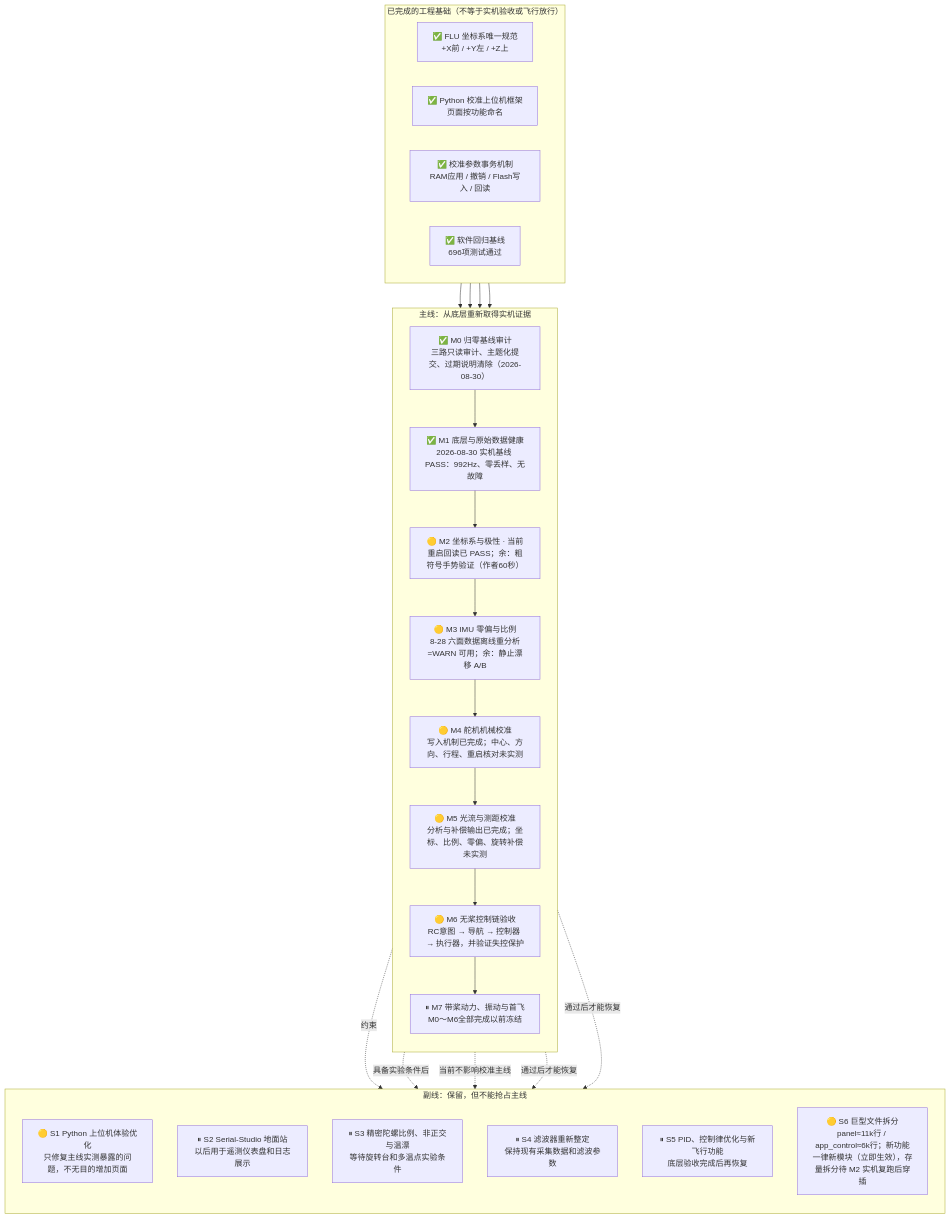
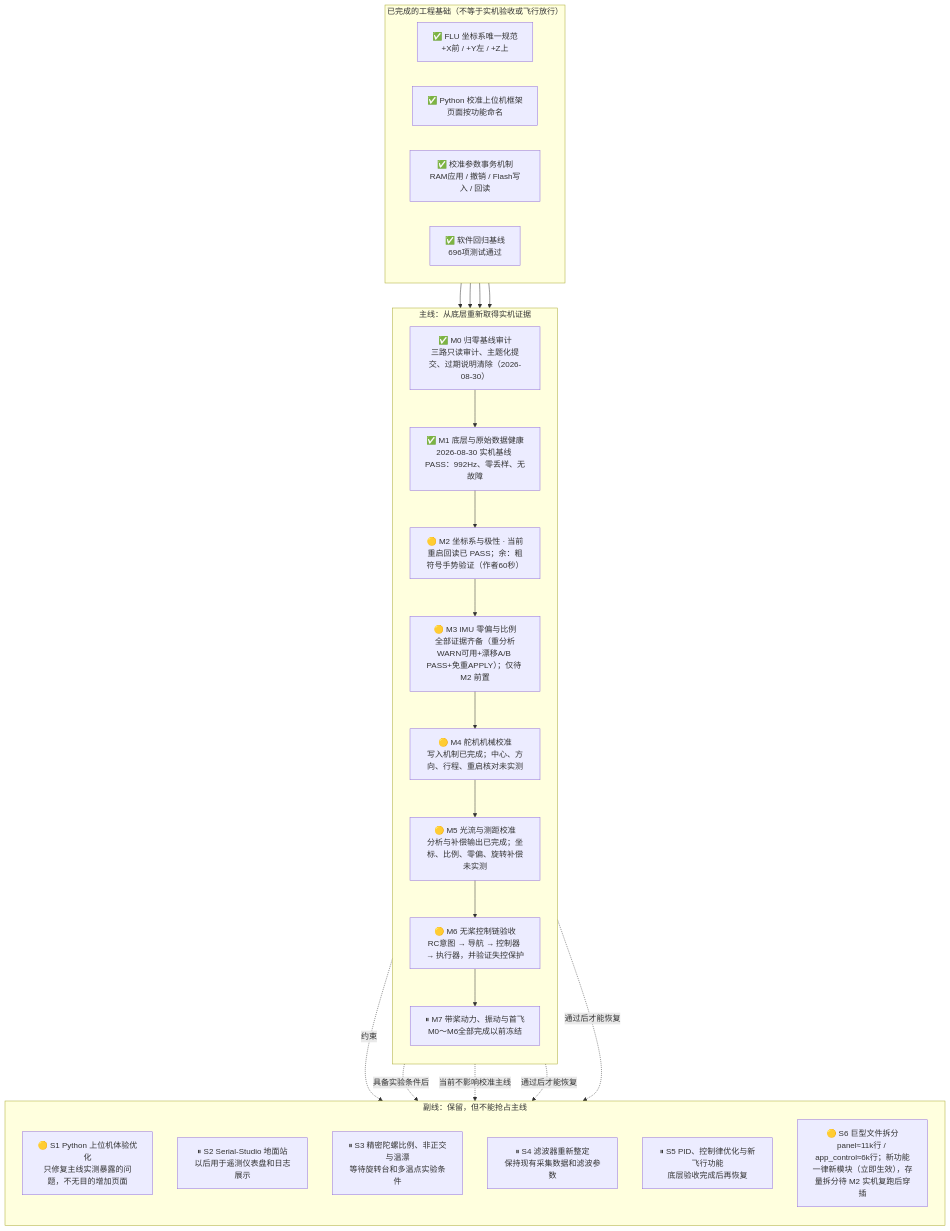
The diagram in PIPELINE.md (ThroneTLE/drone-H743), drawn with Mermaid before and after one commit. The commit also changed other lines of this file and 1 other file, not shown here.

First line of the commit message:
feat(metrology): R-M3-2 漂移 A/B 工具与 PASS 证据、R-M3-4 同源链闭合——M3 证据齐备

````diff
--- a/PIPELINE.md
+++ b/PIPELINE.md
@@ -16,44 +16,44 @@
 ```mermaid
 flowchart TB
     subgraph BASE["已完成的工程基础（不等于实机验收或飞行放行）"]
         direction LR
         B1["✅ FLU 坐标系唯一规范<br/>+X前 / +Y左 / +Z上"]
         B2["✅ Python 校准上位机框架<br/>页面按功能命名"]
         B3["✅ 校准参数事务机制<br/>RAM应用 / 撤销 / Flash写入 / 回读"]
         B4["✅ 软件回归基线<br/>696项测试通过"]
     end
 
     subgraph MAIN["主线：从底层重新取得实机证据"]
         direction TB
         M0["✅ M0 归零基线审计<br/>三路只读审计、主题化提交、过期说明清除（2026-08-30）"]
         M1["✅ M1 底层与原始数据健康<br/>2026-08-30 实机基线 PASS：992Hz、零丢样、无故障"]
         M2["🟡 M2 坐标系与极性 · 当前<br/>重启回读已 PASS；余：粗符号手势验证（作者60秒）"]
-        M3["🟡 M3 IMU 零偏与比例<br/>8-28 六面数据离线重分析=WARN 可用；余：静止漂移 A/B"]
+        M3["🟡 M3 IMU 零偏与比例<br/>全部证据齐备（重分析WARN可用+漂移A/B PASS+免重APPLY）；仅待 M2 前置"]
         M4["🟡 M4 舵机机械校准<br/>写入机制已完成；中心、方向、行程、重启核对未实测"]
         M5["🟡 M5 光流与测距校准<br/>分析与补偿输出已完成；坐标、比例、零偏、旋转补偿未实测"]
         M6["🟡 M6 无桨控制链验收<br/>RC意图 → 导航 → 控制器 → 执行器，并验证失控保护"]
         M7["⏸ M7 带桨动力、振动与首飞<br/>M0～M6全部完成以前冻结"]
         M0 --> M1 --> M2 --> M3 --> M4 --> M5 --> M6 --> M7
     end
 
     B1 --> M0
     B2 --> M0
     B3 --> M0
     B4 --> M0
 
     subgraph SIDE["副线：保留，但不能抢占主线"]
         direction TB
         S1["🟡 S1 Python 上位机体验优化<br/>只修复主线实测暴露的问题，不无目的增加页面"]
         S2["⏸ S2 Serial-Studio 地面站<br/>以后用于遥测仪表盘和日志展示"]
         S3["⏸ S3 精密陀螺比例、非正交与温漂<br/>等待旋转台和多温点实验条件"]
         S4["⏸ S4 滤波器重新整定<br/>保持现有采集数据和滤波参数"]
         S5["⏸ S5 PID、控制律优化与新飞行功能<br/>底层验收完成后再恢复"]
         S6["🟡 S6 巨型文件拆分<br/>panel≈11k行 / app_control≈6k行；新功能一律新模块（立即生效），存量拆分待 M2 实机复跑后穿插"]
     end
 
     M0 -.约束.-> S1
     M1 -.具备实验条件后.-> S3
     M5 -.当前不影响校准主线.-> S2
     M6 -.通过后才能恢复.-> S4
     M6 -.通过后才能恢复.-> S5
 ```
````
